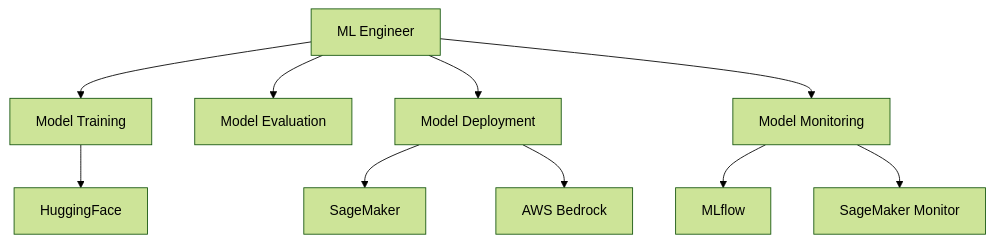
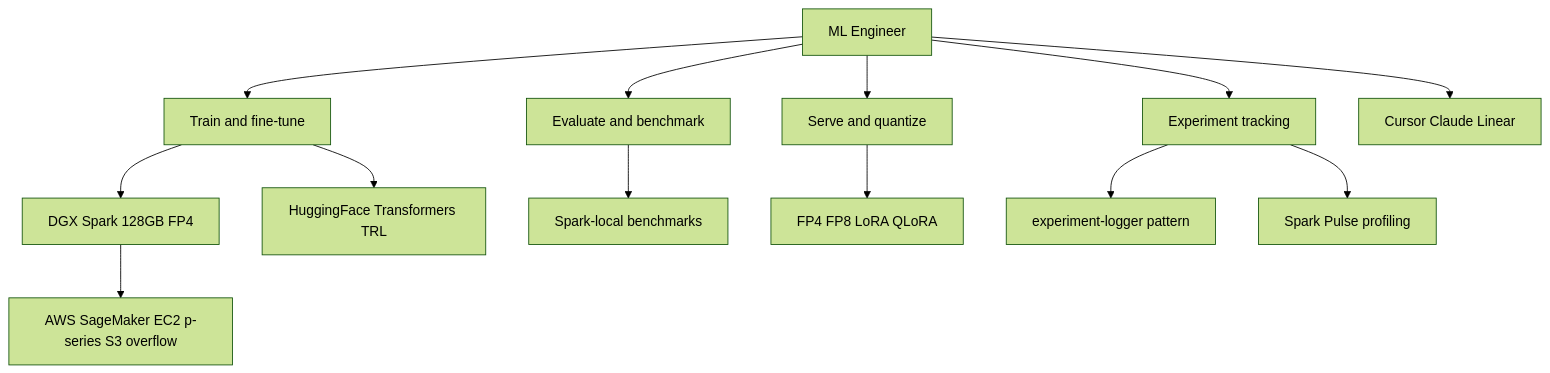
One commit to jxtngx/cursor-fullstack-template changed the diagram in .cursor/agents/ml-engineer.md. Above: the diagram before and after it, drawn with Mermaid (forest theme). The commit also changed other lines of this file and 28 other files, not shown here.

````diff
--- a/.cursor/agents/ml-engineer.md
+++ b/.cursor/agents/ml-engineer.md
@@ -7,13 +7,17 @@
 ```mermaid
 graph TD
-    MLE[ML Engineer] --> Training[Model Training]
-    MLE --> Eval[Model Evaluation]
-    MLE --> Deploy[Model Deployment]
-    MLE --> Monitor[Model Monitoring]
-    
-    Training --> HF[HuggingFace]
-    Deploy --> SM[SageMaker]
-    Deploy --> Bedrock[AWS Bedrock]
-    Monitor --> MLflow[MLflow]
-    Monitor --> SMMonitor[SageMaker Monitor]
+    MLE[ML Engineer]
+    MLE --> Train[Train and fine-tune]
+    MLE --> Eval[Evaluate and benchmark]
+    MLE --> Deploy[Serve and quantize]
+    MLE --> Track[Experiment tracking]
+
+    Train --> Spark[DGX Spark 128GB FP4]
+    Train --> HF[HuggingFace Transformers TRL]
+    Eval --> Bench[Spark-local benchmarks]
+    Deploy --> Quant[FP4 FP8 LoRA QLoRA]
+    Track --> Logger[experiment-logger pattern]
+    Track --> Pulse[Spark Pulse profiling]
+    Spark --> Cloud[AWS SageMaker EC2 p-series S3 overflow]
+    MLE --> Dev[Cursor Claude Linear]
 ```
````
